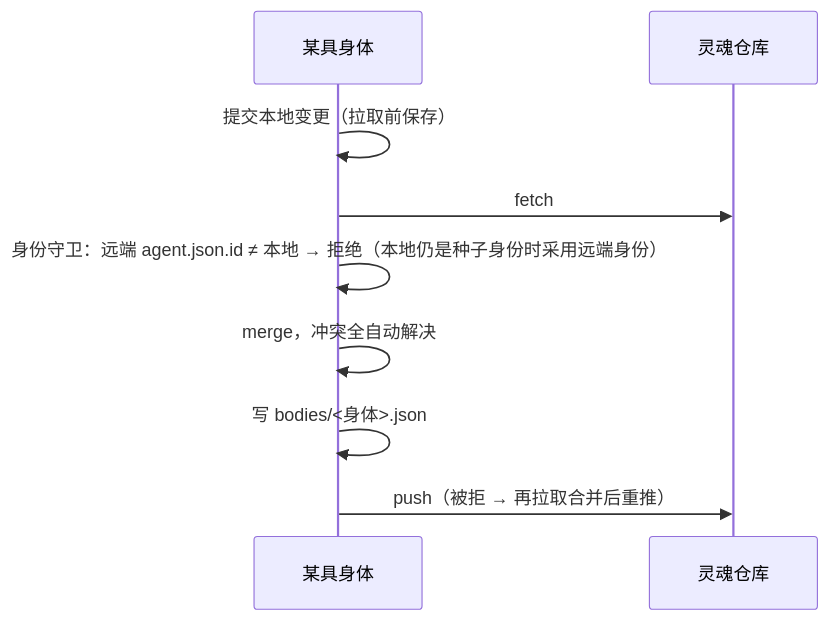
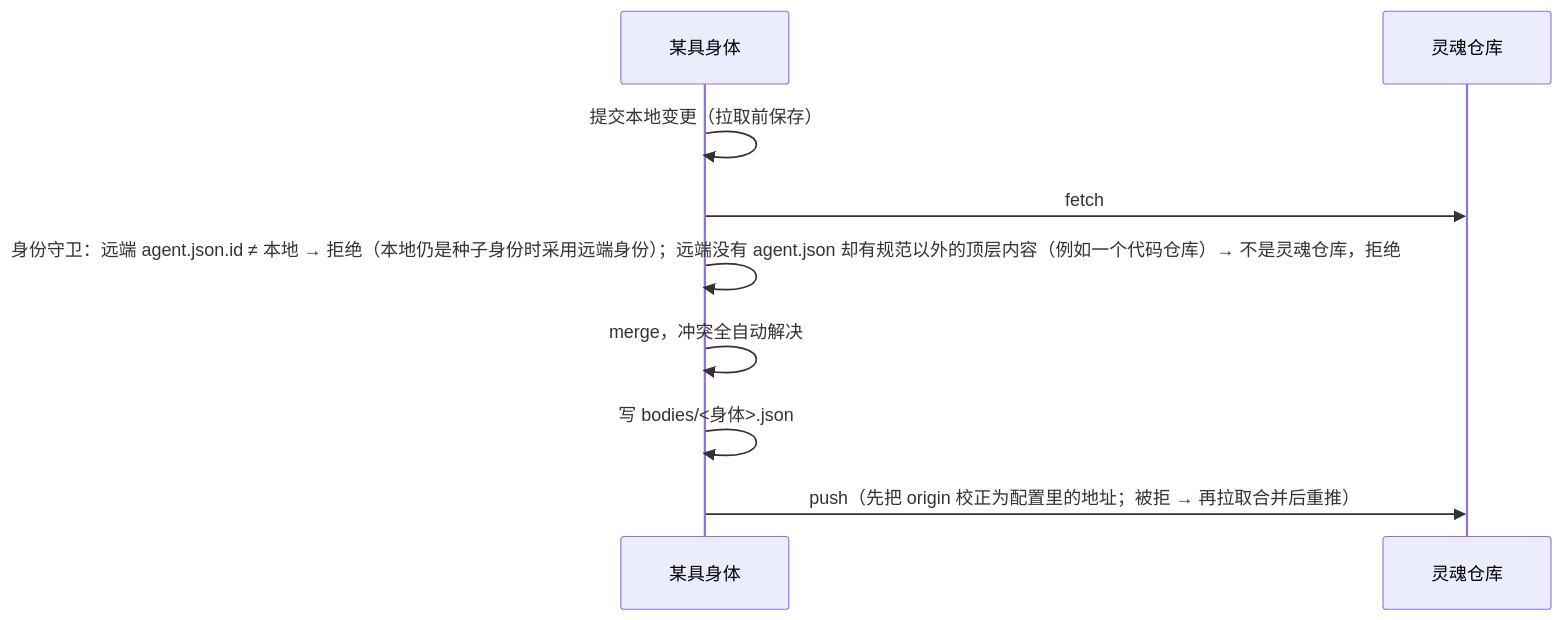
Before and after one commit to Causally-XYZ/Project.Quetzal: the second of 3 diagrams in docs/SOUL_SYNC.md, drawn with Mermaid. The commit also changed other lines of this file and 4 other files, not shown here.

First line of the commit message:
灵魂同步的安全加固：推送前把 origin 校正为配置的灵魂仓库地址；远端不是灵魂仓库（没有 agent.json、有规范以外的内容）时拒绝合并；系统提示告诉 agent 不要自己在灵魂目录里运行 git

````diff
--- a/docs/SOUL_SYNC.md
+++ b/docs/SOUL_SYNC.md
@@ -56,11 +56,11 @@
 ```mermaid
 sequenceDiagram
   participant B as 某具身体
   participant R as 灵魂仓库
   B->>B: 提交本地变更（拉取前保存）
   B->>R: fetch
-  B->>B: 身份守卫：远端 agent.json.id ≠ 本地 → 拒绝（本地仍是种子身份时采用远端身份）
+  B->>B: 身份守卫：远端 agent.json.id ≠ 本地 → 拒绝（本地仍是种子身份时采用远端身份）；远端没有 agent.json 却有规范以外的顶层内容（例如一个代码仓库）→ 不是灵魂仓库，拒绝
   B->>B: merge，冲突全自动解决
   B->>B: 写 bodies/<身体>.json
-  B->>R: push（被拒 → 再拉取合并后重推）
+  B->>R: push（先把 origin 校正为配置里的地址；被拒 → 再拉取合并后重推）
 ```
````
